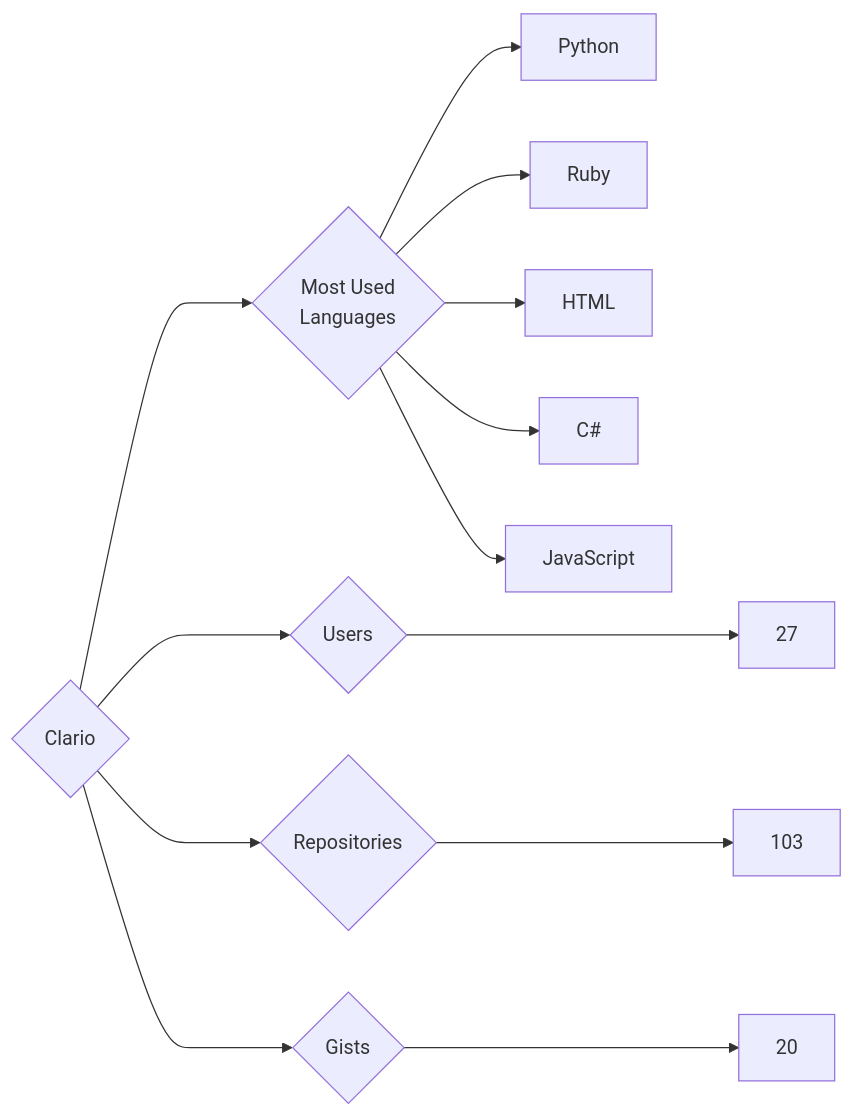
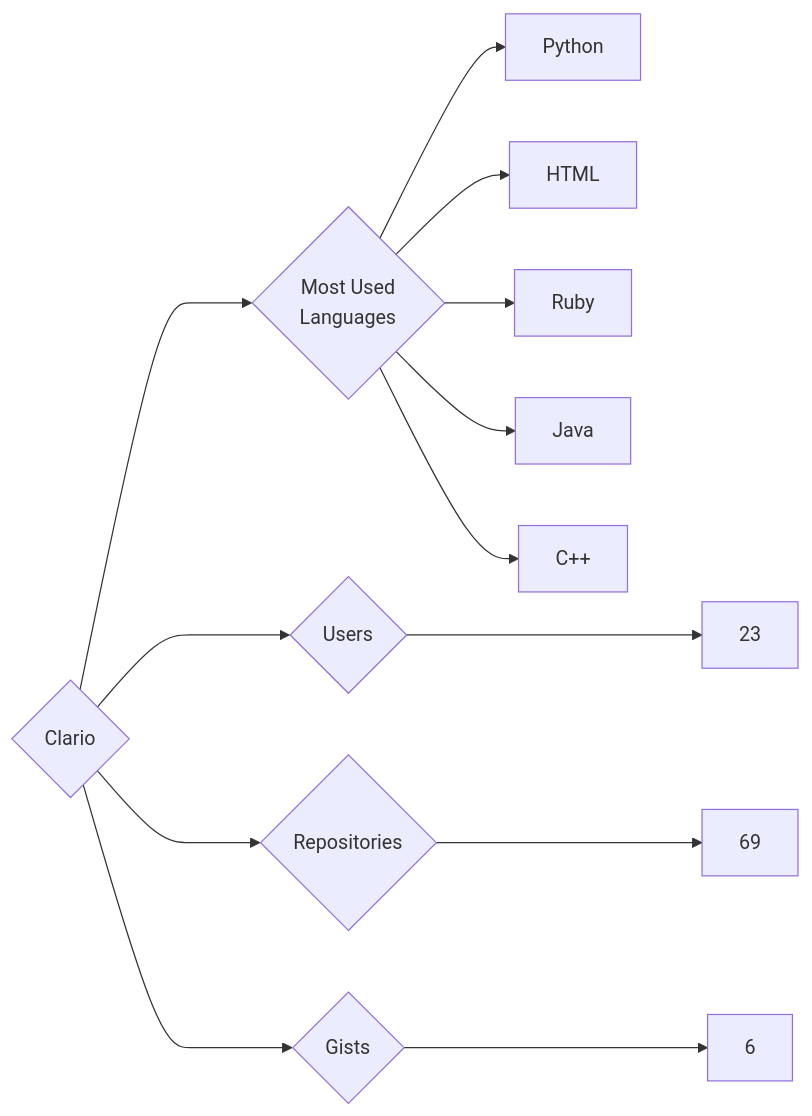
One commit to trickest/insiders changed the diagram in targets/Clario/README.md. Above: the diagram before and after it, drawn with Mermaid. The commit also changed 935 other files, not shown here.

````diff
--- a/targets/Clario/README.md
+++ b/targets/Clario/README.md
@@ -3,13 +3,13 @@
 ```mermaid
 graph LR
 COMPANY_NAME{Clario}
-COMPANY_NAME ---> U{Users} ---> UN[27]
-COMPANY_NAME ---> R{Repositories} ---> RN[103]
-COMPANY_NAME ---> G{Gists} ---> GN[20]
+COMPANY_NAME ---> U{Users} ---> UN[23]
+COMPANY_NAME ---> R{Repositories} ---> RN[69]
+COMPANY_NAME ---> G{Gists} ---> GN[6]
 COMPANY_NAME ---> ML{Most Used<br>Languages}
 ML --> Python[Python]
+ML --> HTML[HTML]
 ML --> Ruby[Ruby]
-ML --> HTML[HTML]
-ML --> C#[C#]
-ML --> JavaScript[JavaScript]
+ML --> Java[Java]
+ML --> C++[C++]
 ```
````
